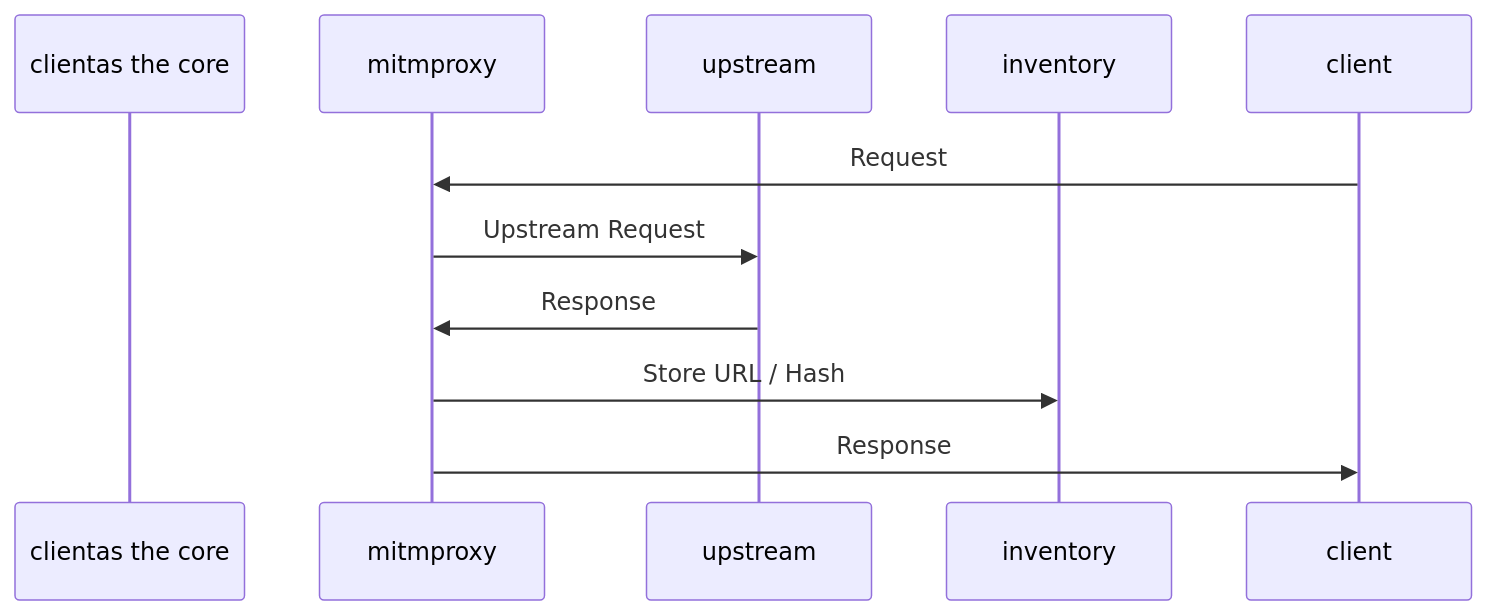
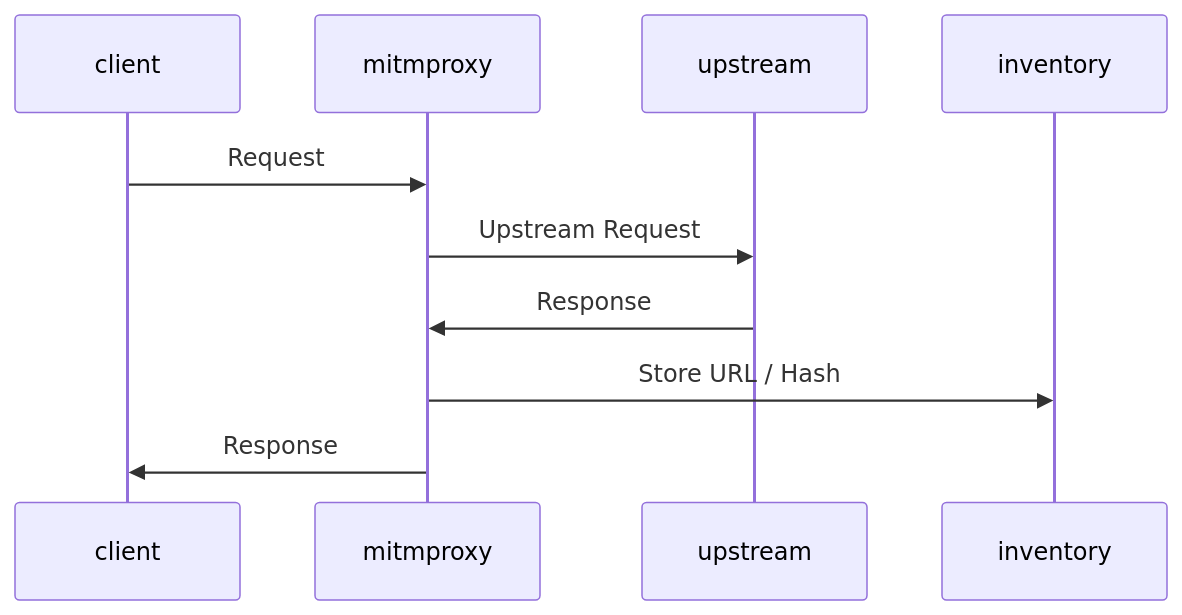
The first of 2 diagrams in README.md (polygon/nix-buildproxy), drawn with Mermaid before and after one commit. The commit also changed other lines of this file, not shown here.

Commit message:
Fix happy little accident in the diagram

````diff
--- a/README.md
+++ b/README.md
@@ -102,12 +102,12 @@
 ```mermaid
 sequenceDiagram
-    participant clientas the core 
+    participant client
     participant mitmproxy
     participant upstream
     participant inventory
     client->>mitmproxy: Request
     mitmproxy->>upstream: Upstream Request
     upstream->>mitmproxy: Response
     mitmproxy->>inventory: Store URL / Hash
     mitmproxy->>client: Response
 ```
````
